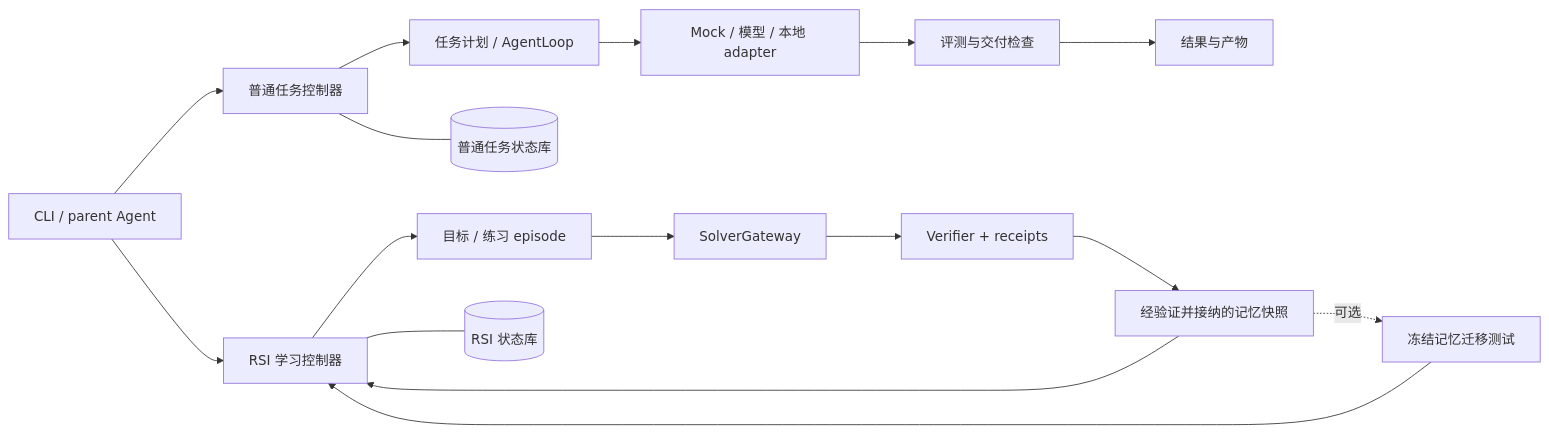
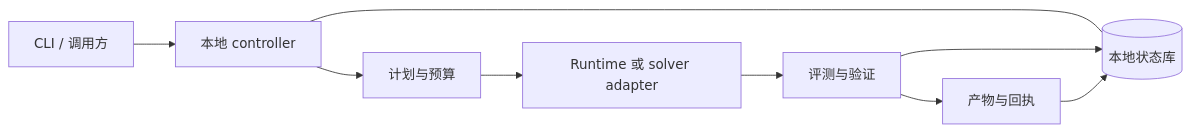
The diagram in README.md (vchive/Lunar-Evolution), drawn with Mermaid before and after one commit. The commit also changed other lines of this file and 2 other files, not shown here.

````diff
--- a/README.md
+++ b/README.md
@@ -167,19 +114,11 @@
 ```mermaid
 flowchart LR
-    U[CLI / parent Agent] --> C[普通任务控制器]
-    C --> P[任务计划 / AgentLoop]
-    P --> R[Mock / 模型 / 本地 adapter]
-    R --> E[评测与交付检查]
-    E --> A[结果与产物]
-    C --- L[(普通任务状态库)]
-
-    U --> X[RSI 学习控制器]
-    X --> Q[目标 / 练习 episode]
-    Q --> G[SolverGateway]
-    G --> V[Verifier + receipts]
-    V --> M[经验证并接纳的记忆快照]
-    M --> X
-    M -. 可选 .-> H[冻结记忆迁移测试]
-    H --> X
-    X --- S[(RSI 状态库)]
+    U[CLI / 调用方] --> C[本地 controller]
+    C --> P[计划与预算]
+    P --> R[Runtime 或 solver adapter]
+    R --> E[评测与验证]
+    E --> A[产物与回执]
+    C --- S[(本地状态库)]
+    E --> S
+    A --> S
 ```
````
